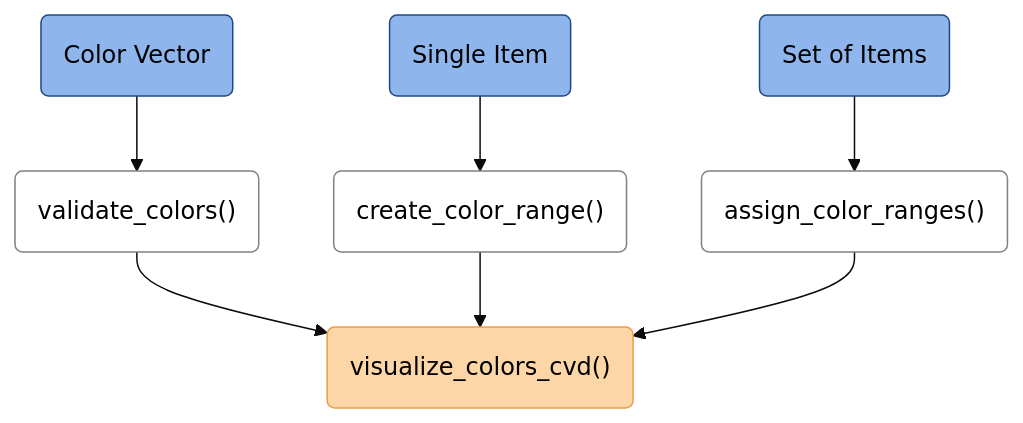
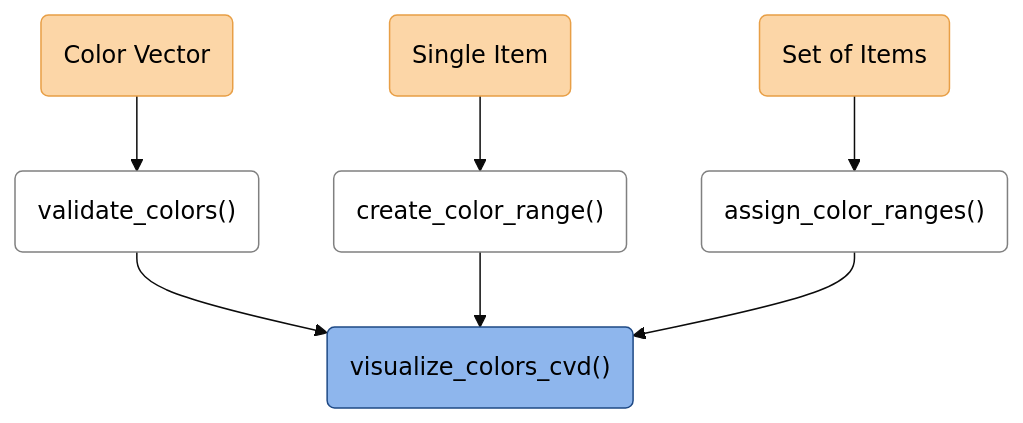
Before and after one commit to ghostlab-id/colorRanges: the diagram in README.Rmd, drawn with Mermaid (base theme). The commit also changed other lines of this file and 4 other files, not shown here.

````diff
--- a/README.Rmd
+++ b/README.Rmd
@@ -44,16 +44,16 @@
 ```mermaid
 flowchart TD
   A("Color Vector") -->B("validate_colors()")
   C("Single Item") -->D("create_color_range()")
   E("Set of Items") -->F("assign_color_ranges()")
   B -->G("visualize_colors_cvd()")
   D -->G
   F -->G
-style A color:#000000,fill:#8eb6ed,stroke:#1e4985
+style A color:#000000,fill:#fcd6a7,stroke:#e89f46
 style B color:#000000,fill:#ffffff,stroke:#808080
-style C color:#000000,fill:#8eb6ed,stroke:#1e4985
+style C color:#000000,fill:#fcd6a7,stroke:#e89f46
 style D color:#000000,fill:#ffffff,stroke:#808080
-style E color:#000000,fill:#8eb6ed,stroke:#1e4985
+style E color:#000000,fill:#fcd6a7,stroke:#e89f46
 style F color:#000000,fill:#ffffff,stroke:#808080
-style G color:#000000,fill:#fcd6a7,stroke:#e89f46
+style G color:#000000,fill:#8eb6ed,stroke:#1e4985
 ```
````
